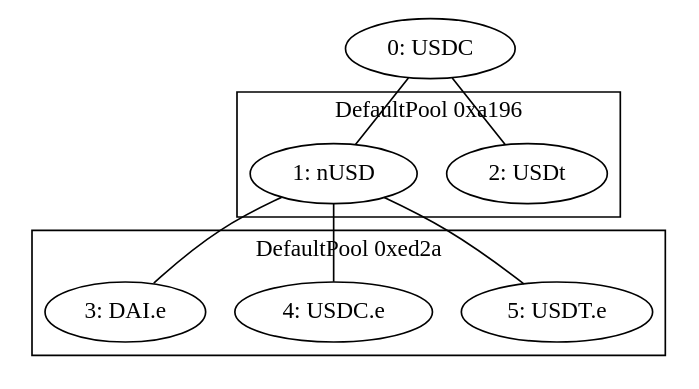
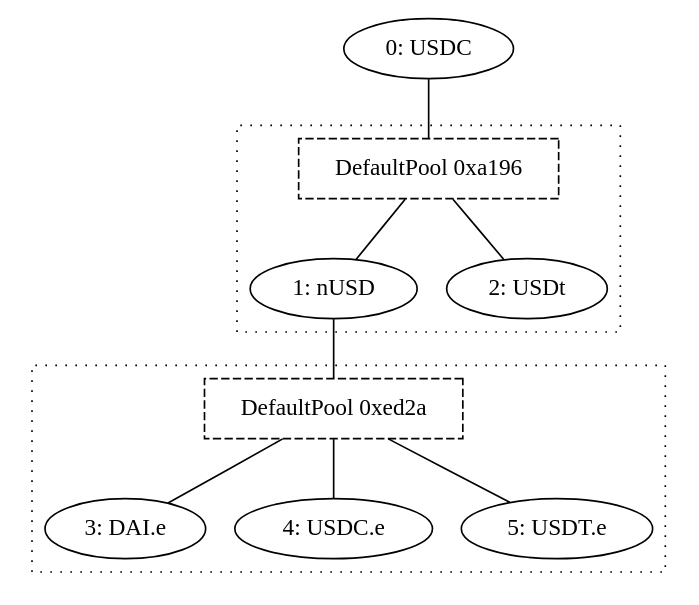
One commit to synapsecns/synapse-contracts changed the diagram in script/configs/avalanche/LinkedPool.USDC.dot. Above: the diagram before and after it, drawn with Graphviz. The commit also changed 4 other files, not shown here.

```diff
--- a/script/configs/avalanche/LinkedPool.USDC.dot
+++ b/script/configs/avalanche/LinkedPool.USDC.dot
@@ -1,30 +1,34 @@
 graph G {
     token0 [label = "0: USDC";];
     token1 [label = "1: nUSD";];
     token2 [label = "2: USDt";];
     token3 [label = "3: DAI.e";];
     token4 [label = "4: USDC.e";];
     token5 [label = "5: USDT.e";];
-    token0 -- token1;
-    token0 -- token2;
+    pool0 [label = "DefaultPool 0xa196";shape = rect;style = dashed;];
+    token0 -- pool0;
     subgraph cluster0 {
-        label = "DefaultPool 0xa196";
+        style = dotted;
+        pool0 -- token1;
+        pool0 -- token2;
         subgraph {
             rank = same;
             edge [style = invis;];
             token1 -- token2;
         }
     }
-    token1 -- token3;
-    token1 -- token4;
-    token1 -- token5;
+    pool1 [label = "DefaultPool 0xed2a";shape = rect;style = dashed;];
+    token1 -- pool1;
     subgraph cluster1 {
-        label = "DefaultPool 0xed2a";
+        style = dotted;
+        pool1 -- token3;
+        pool1 -- token4;
+        pool1 -- token5;
         subgraph {
             rank = same;
             edge [style = invis;];
             token3 -- token4;
             token4 -- token5;
         }
     }
 }
```
